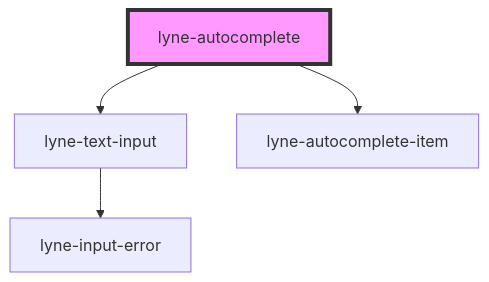
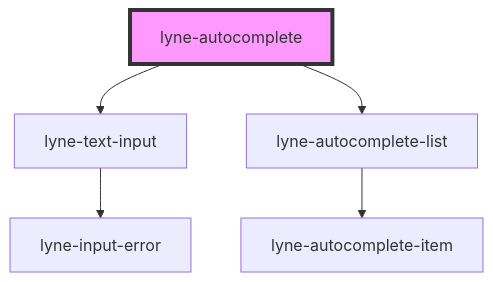
Before and after one commit to sbb-design-systems/lyne-components: the diagram in src/components/lyne-autocomplete/readme.md, drawn with Mermaid. The commit also changed other lines of this file and 13 other files, not shown here.

Commit message:
refactor: add dedicated autocomplete-list component to further modularize

````diff
--- a/src/components/lyne-autocomplete/readme.md
+++ b/src/components/lyne-autocomplete/readme.md
@@ -25,7 +25,8 @@
 ```mermaid
 graph TD;
   lyne-autocomplete --> lyne-text-input
-  lyne-autocomplete --> lyne-autocomplete-item
+  lyne-autocomplete --> lyne-autocomplete-list
   lyne-text-input --> lyne-input-error
+  lyne-autocomplete-list --> lyne-autocomplete-item
   style lyne-autocomplete fill:#f9f,stroke:#333,stroke-width:4px
 ```
````
